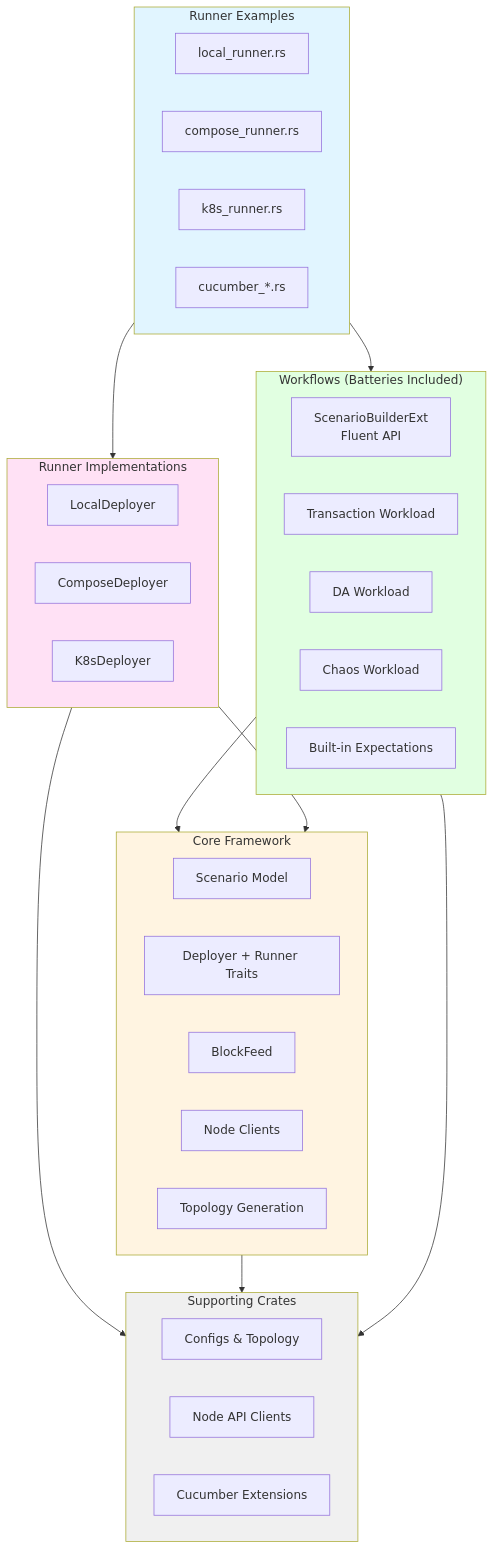
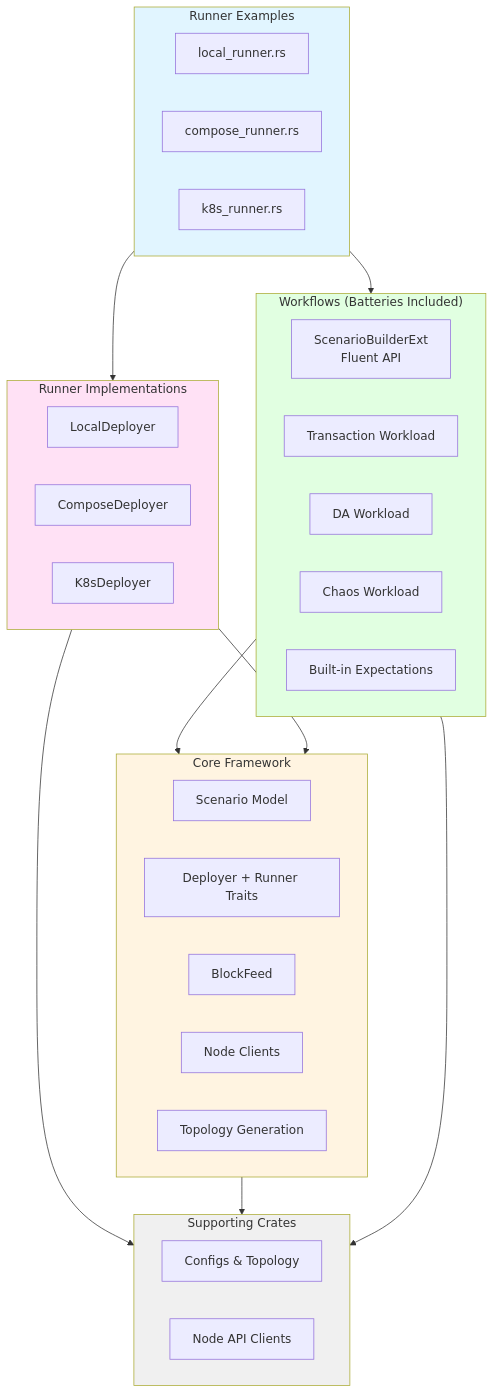
Before and after one commit to logos-blockchain/logos-blockchain-testing: the second of 3 diagrams in book/src/architecture-overview.md, drawn with Mermaid. The commit also changed other lines of this file and 23 other files, not shown here.

````diff
--- a/book/src/architecture-overview.md
+++ b/book/src/architecture-overview.md
@@ -18,51 +18,49 @@
 ```mermaid
 flowchart TB
     subgraph Examples["Runner Examples"]
         LocalBin[local_runner.rs]
         ComposeBin[compose_runner.rs]
         K8sBin[k8s_runner.rs]
-        CucumberBin[cucumber_*.rs]
     end
     
     subgraph Workflows["Workflows (Batteries Included)"]
         DSL[ScenarioBuilderExt<br/>Fluent API]
         TxWorkload[Transaction Workload]
         DAWorkload[DA Workload]
         ChaosWorkload[Chaos Workload]
         Expectations[Built-in Expectations]
     end
     
     subgraph Core["Core Framework"]
         ScenarioModel[Scenario Model]
         Traits[Deployer + Runner Traits]
         BlockFeed[BlockFeed]
         NodeClients[Node Clients]
         Topology[Topology Generation]
     end
     
     subgraph Deployers["Runner Implementations"]
         LocalDeployer[LocalDeployer]
         ComposeDeployer[ComposeDeployer]
         K8sDeployer[K8sDeployer]
     end
     
     subgraph Support["Supporting Crates"]
         Configs[Configs & Topology]
         Nodes[Node API Clients]
-        Cucumber[Cucumber Extensions]
     end
     
     Examples --> Workflows
     Examples --> Deployers
     Workflows --> Core
     Deployers --> Core
     Deployers --> Support
     Core --> Support
     Workflows --> Support
     
     style Examples fill:#e1f5ff
     style Workflows fill:#e1ffe1
     style Core fill:#fff4e1
     style Deployers fill:#ffe1f5
     style Support fill:#f0f0f0
 ```
````
